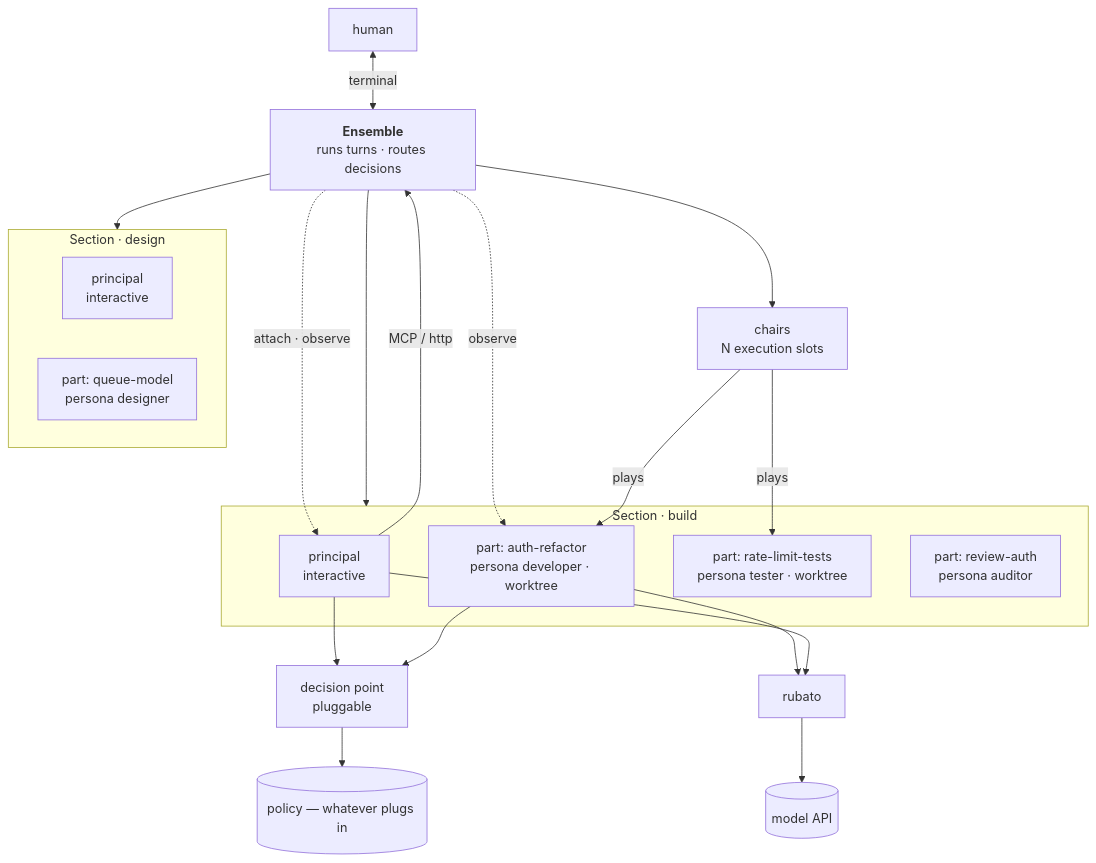
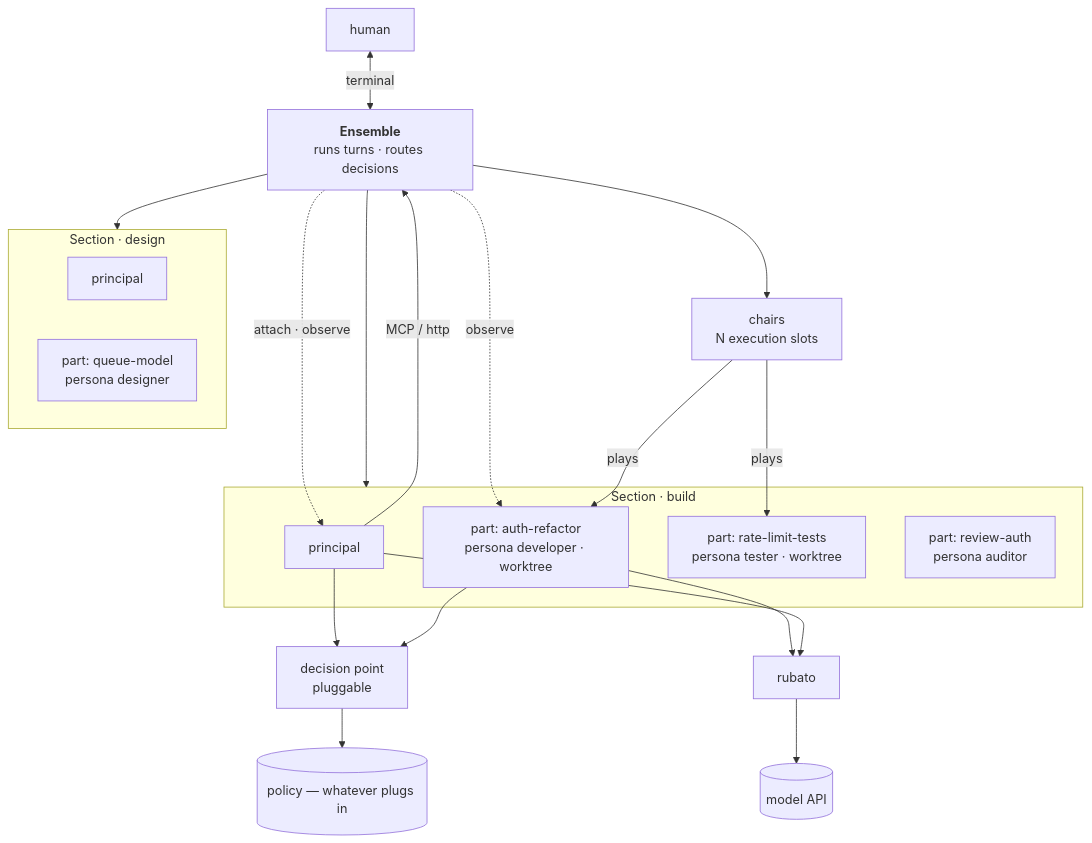
Before and after one commit to noclearreaction/symphony-maestro: the first of 5 diagrams in docs/ensemble/README.md, drawn with Mermaid. The commit also changed other lines of this file, not shown here.

````diff
--- a/docs/ensemble/README.md
+++ b/docs/ensemble/README.md
@@ -110,39 +113,39 @@
 ```mermaid
 flowchart TB
   H["human"]
   ENS["<b>Ensemble</b><br/>runs turns · routes decisions"]
 
   subgraph S1["Section · build"]
-    P1["principal<br/>interactive"]
+    P1["principal"]
     A1["part: auth-refactor<br/>persona developer · worktree"]
     A2["part: rate-limit-tests<br/>persona tester · worktree"]
     A3["part: review-auth<br/>persona auditor"]
   end
 
   subgraph S2["Section · design"]
-    P2["principal<br/>interactive"]
+    P2["principal"]
     D1["part: queue-model<br/>persona designer"]
   end
 
   CH["chairs<br/>N execution slots"]
   DEC["decision point<br/>pluggable"]
   POL[("policy — whatever plugs in")]
   RUB["rubato"]
   API[("model API")]
 
   H <-->|"terminal"| ENS
   ENS -.->|"attach · observe"| P1
   ENS -.->|"observe"| A1
   ENS --> S1
   ENS --> S2
   ENS --> CH
   CH -->|"plays"| A1
   CH -->|"plays"| A2
   P1 -->|"MCP / http"| ENS
   P1 --> DEC
   A1 --> DEC
   DEC --> POL
   A1 --> RUB
   P1 --> RUB
   RUB --> API
 ```
````
